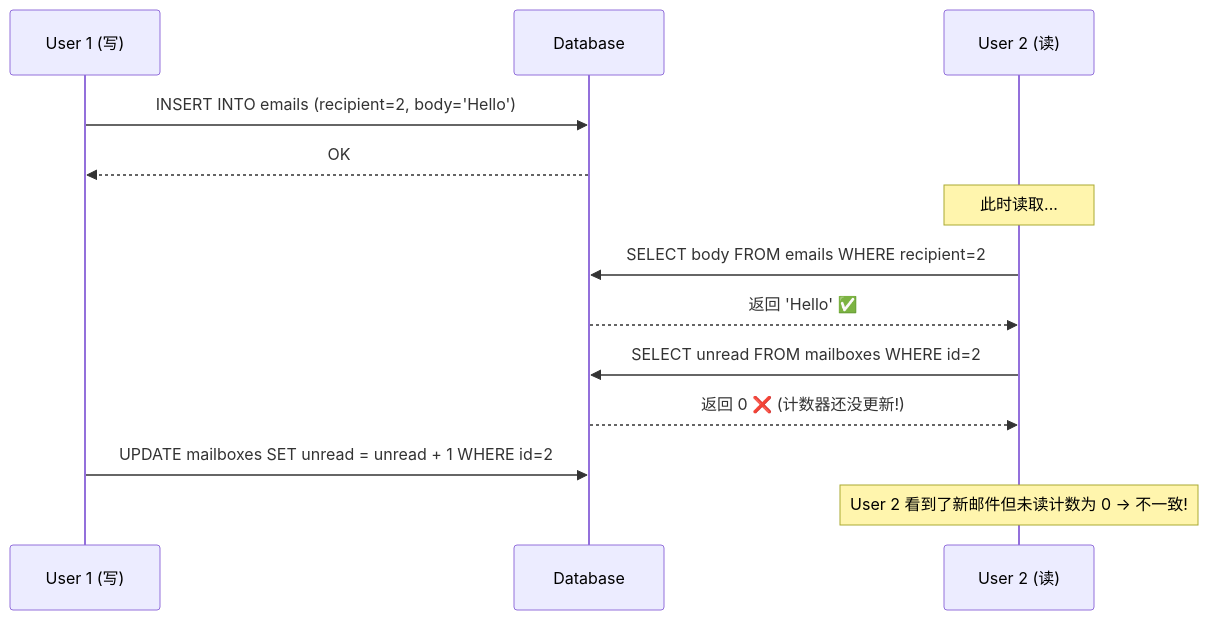
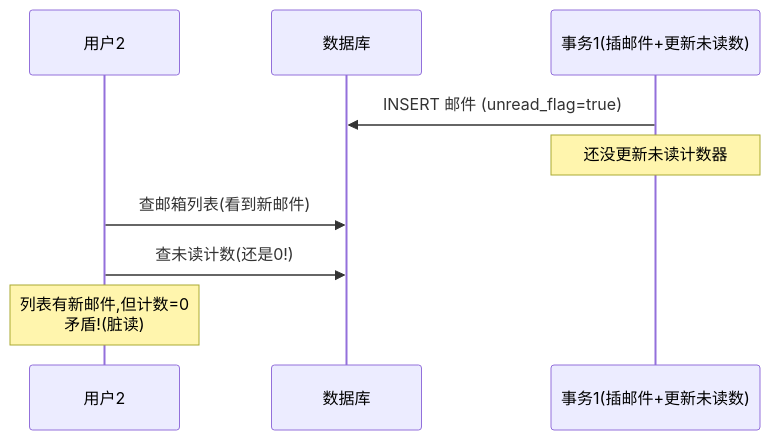
The sixth of 40 diagrams in ch08-事务.md (socoo123/ddia_2nd), drawn with Mermaid before and after one commit. The commit also changed other lines of this file and 8 other files, not shown here.

First line of the commit message:
重写 ch01-ch09 读书笔记：风格统一 + 内容扩充 + 大量图表

````diff
--- a/ch08-事务.md
+++ b/ch08-事务.md
@@ -214,16 +173,11 @@
 ```mermaid
 sequenceDiagram
-    participant U1 as User 1 (写)
-    participant DB as Database
-    participant U2 as User 2 (读)
-
-    U1->>DB: INSERT INTO emails (recipient=2, body='Hello')
-    DB-->>U1: OK
-    Note over U2: 此时读取...
-    U2->>DB: SELECT body FROM emails WHERE recipient=2
-    DB-->>U2: 返回 'Hello' ✅
-    U2->>DB: SELECT unread FROM mailboxes WHERE id=2
-    DB-->>U2: 返回 0 ❌ (计数器还没更新!)
-    U1->>DB: UPDATE mailboxes SET unread = unread + 1 WHERE id=2
-    Note over U2: User 2 看到了新邮件但未读计数为 0 → 不一致!
+    participant U as 用户2
+    participant DB as 数据库
+    participant T1 as 事务1(插邮件+更新未读数)
+    T1->>DB: INSERT 邮件 (unread_flag=true)
+    Note over T1: 还没更新未读计数器
+    U->>DB: 查邮箱列表(看到新邮件)
+    U->>DB: 查未读计数(还是0!)
+    Note over U: 列表有新邮件,但计数=0<br/>矛盾!(脏读)
 ```
````
